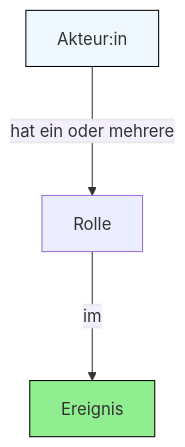
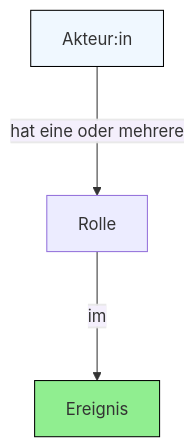
One commit to christiansievers/site-test changed diagram 11 of 13 in ressourcen/entitaeten_und_attribute_des_datenmodells.markdown. Above: the diagram before and after it, drawn with Mermaid. The commit also changed other lines of this file, not shown here.

```diff
--- a/ressourcen/entitaeten_und_attribute_des_datenmodells.markdown
+++ b/ressourcen/entitaeten_und_attribute_des_datenmodells.markdown
@@ -309,7 +311,7 @@
 <pre class="mermaid">
 flowchart TB;
-    AkteurIn[Akteur:in]-- <span style="background-color: #f4effc">hat ein oder mehrere</span> ---> Rolle
+    AkteurIn[Akteur:in]-- <span style="background-color: #f4effc">hat eine oder mehrere</span> ---> Rolle
     Rolle-- <span style="background-color: #f4effc">im</span> ---> Ereignis
     style Ereignis fill:#90EE90, stroke:#000000;
     style AkteurIn fill:#F0F8FF, stroke:#000000;
 </pre>
```
